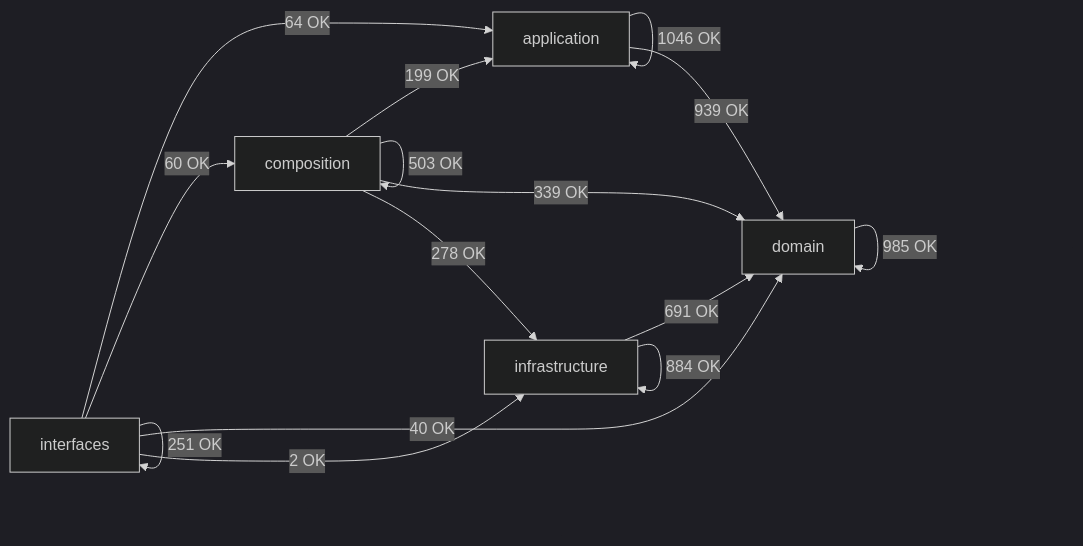
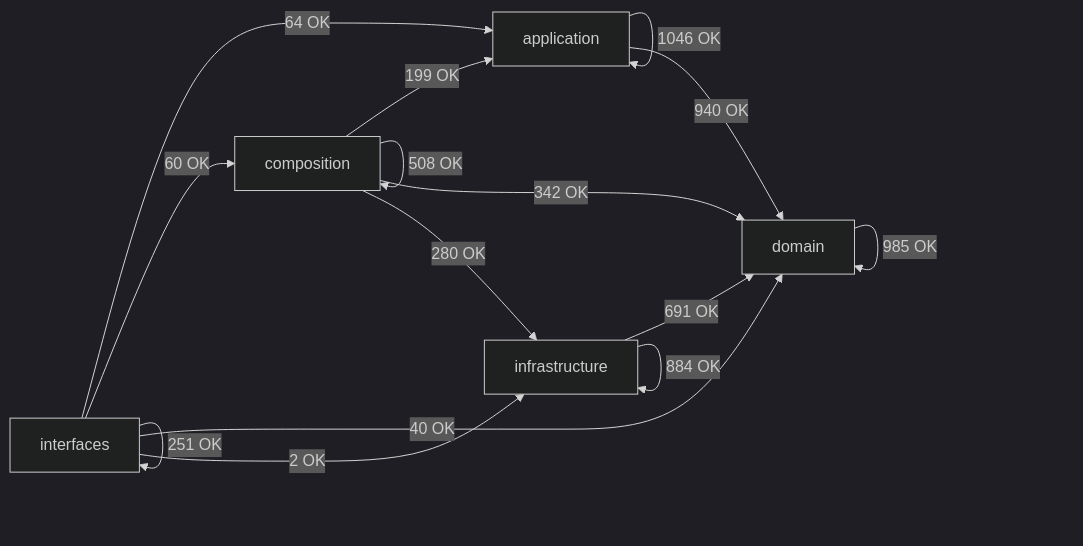
The diagram in docs/02-architecture/generated/module-dependency-map.md (SatoryKono/BioactivityDataAcquisition), drawn with Mermaid (dark theme) before and after one commit. The commit also changed other lines of this file and 13 other files, not shown here.

````diff
--- a/docs/02-architecture/generated/module-dependency-map.md
+++ b/docs/02-architecture/generated/module-dependency-map.md
@@ -17,22 +17,22 @@
 ```mermaid
 flowchart LR
     domain[domain]
     application[application]
     infrastructure[infrastructure]
     composition[composition]
     interfaces[interfaces]
     application -->|1046 OK| application
-    application -->|939 OK| domain
+    application -->|940 OK| domain
     composition -->|199 OK| application
-    composition -->|503 OK| composition
-    composition -->|339 OK| domain
-    composition -->|278 OK| infrastructure
+    composition -->|508 OK| composition
+    composition -->|342 OK| domain
+    composition -->|280 OK| infrastructure
     domain -->|985 OK| domain
     infrastructure -->|691 OK| domain
     infrastructure -->|884 OK| infrastructure
     interfaces -->|64 OK| application
     interfaces -->|60 OK| composition
     interfaces -->|40 OK| domain
     interfaces -->|2 OK| infrastructure
     interfaces -->|251 OK| interfaces
 ```
````
